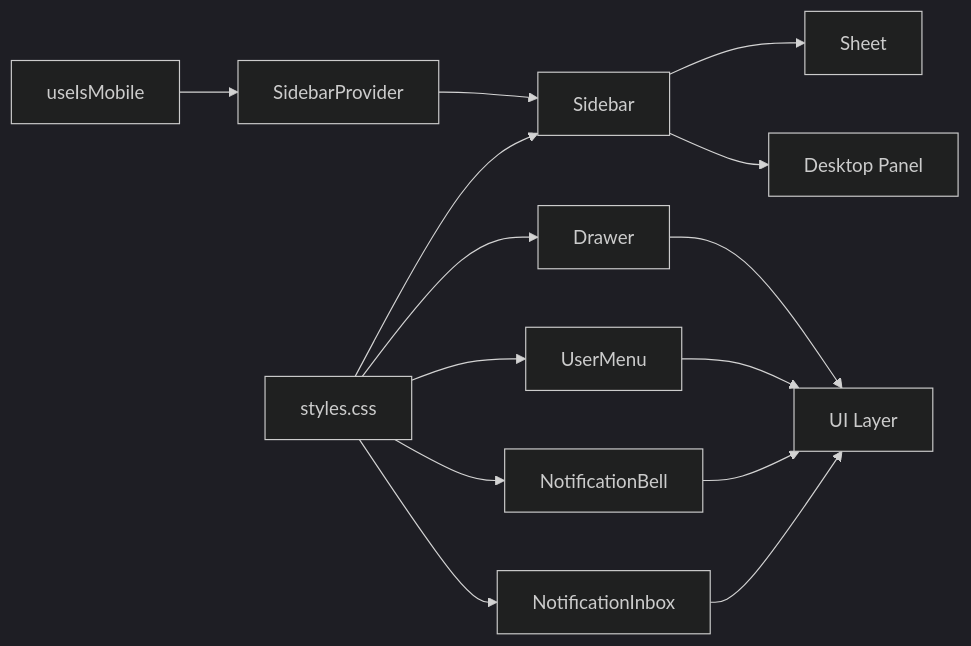
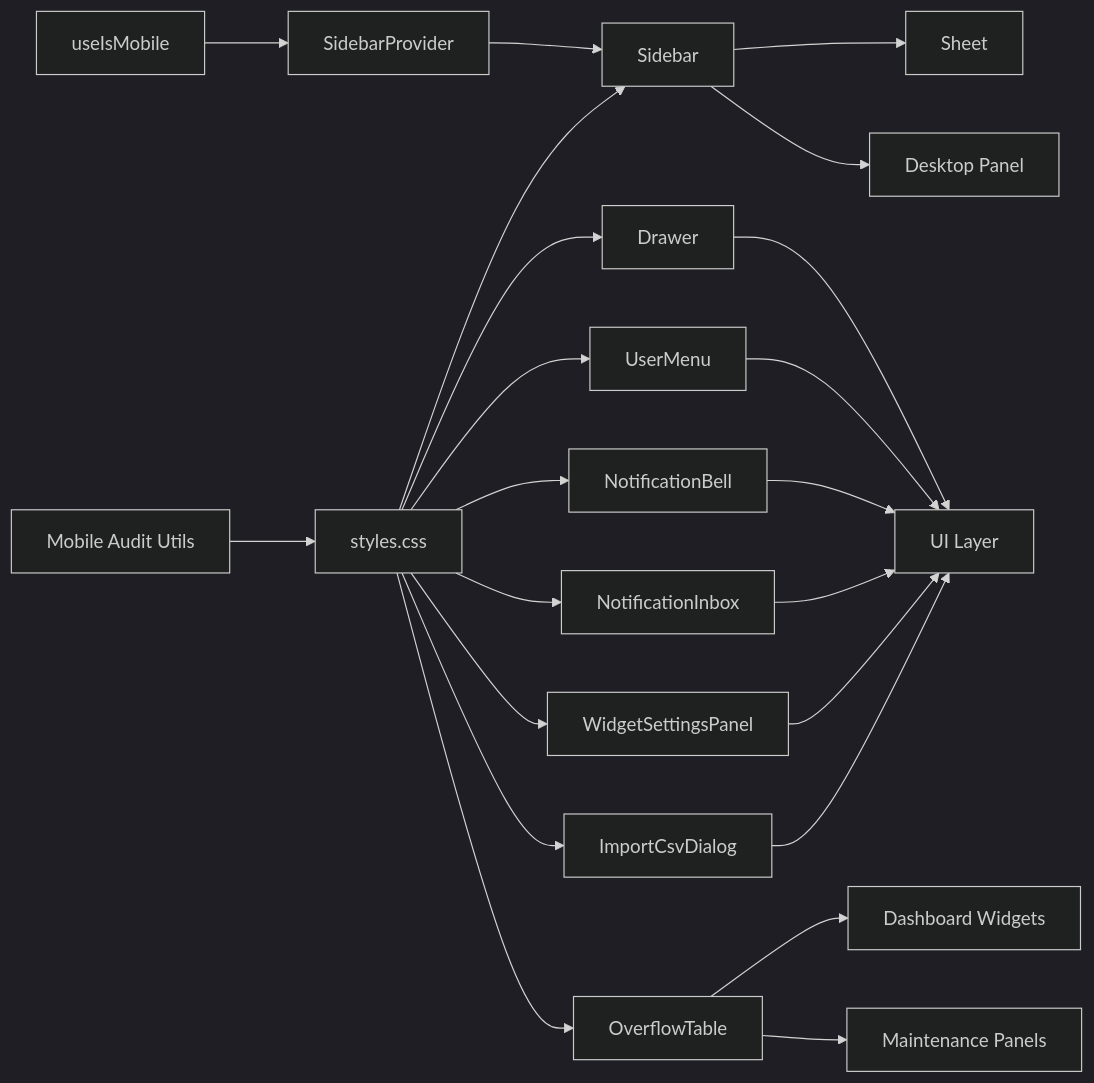
Before and after one commit to gastaldellomarco/pcReady: the tenth of 10 diagrams in .qoder/repowiki/en/content/Component Architecture/Responsive Design Patterns.md, drawn with Mermaid (dark theme). The commit also changed other lines of this file and 15 other files, not shown here.

````diff
--- a/.qoder/repowiki/en/content/Component Architecture/Responsive Design Patterns.md
+++ b/.qoder/repowiki/en/content/Component Architecture/Responsive Design Patterns.md
@@ -299,16 +478,24 @@
 ```mermaid
 graph LR
 UM["useIsMobile"] --> SP["SidebarProvider"]
 SP --> SB["Sidebar"]
 SB --> SD["Sheet"]
 SB --> DP["Desktop Panel"]
+OT["OverflowTable"] --> DW["Dashboard Widgets"]
+OT --> MSP["Maintenance Panels"]
 DR["Drawer"] --> UI["UI Layer"]
 NM["UserMenu"] --> UI
 NB["NotificationBell"] --> UI
 NI["NotificationInbox"] --> UI
+WS["WidgetSettingsPanel"] --> UI
+ICD["ImportCsvDialog"] --> UI
 ST["styles.css"] --> SB
 ST --> DR
+ST --> OT
 ST --> NM
 ST --> NB
 ST --> NI
+ST --> WS
+ST --> ICD
+MA["Mobile Audit Utils"] --> ST
 ```
````
